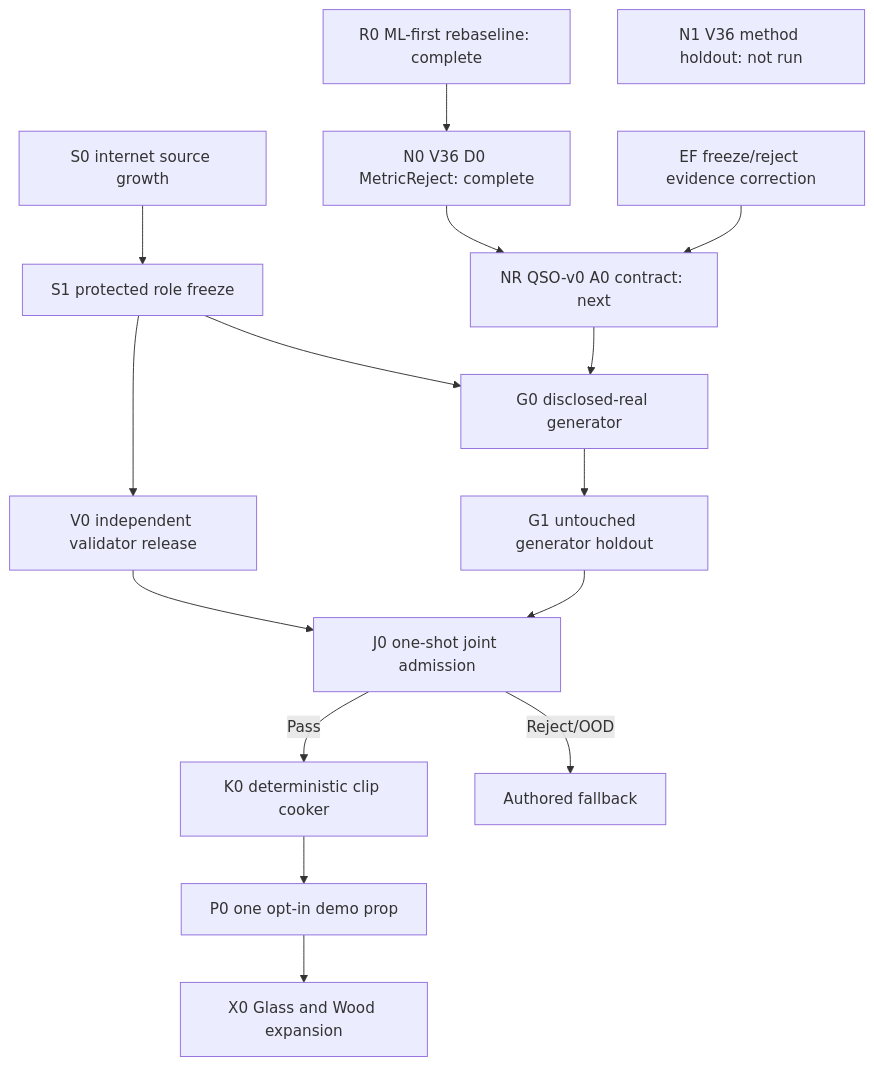
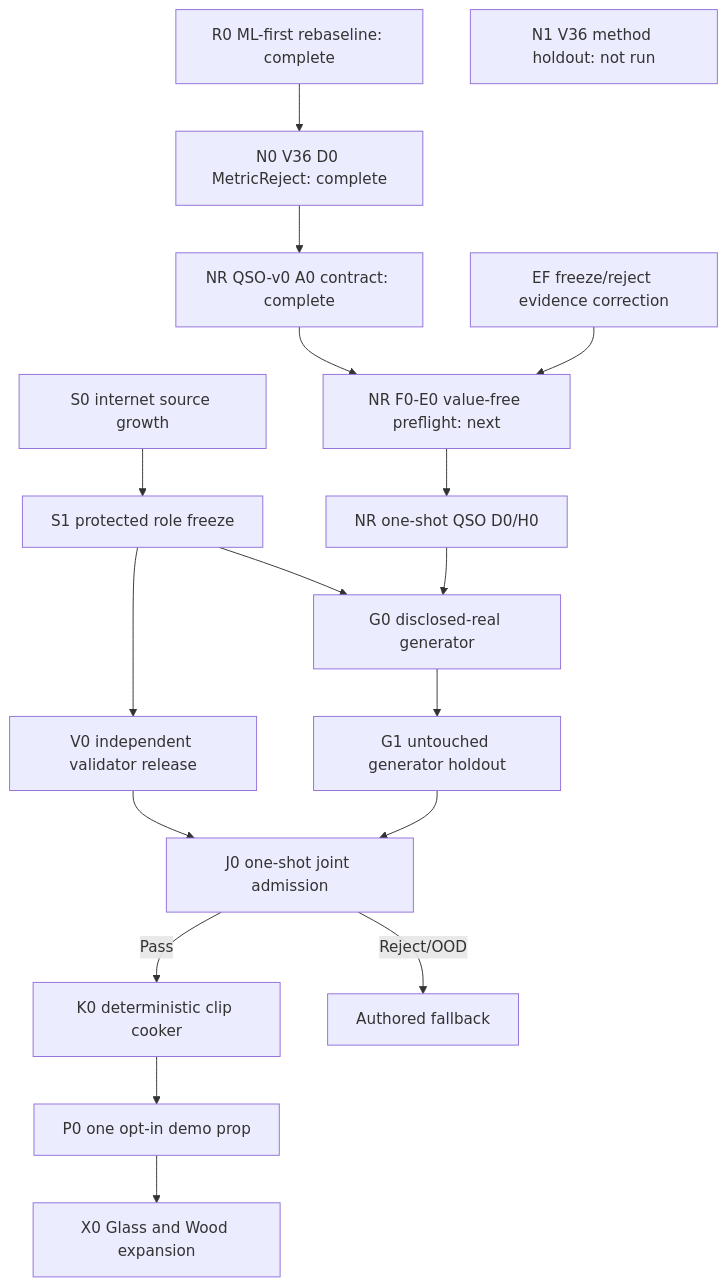
One commit to kaifaty/NextEngine changed the diagram in docs/plans/physical-sound-synthesis-roadmap-v37.md. Above: the diagram before and after it, drawn with Mermaid. The commit also changed other lines of this file and 4 other files, not shown here.

Commit message:
docs(sound): complete V37 A0 query surface contract

````diff
--- a/docs/plans/physical-sound-synthesis-roadmap-v37.md
+++ b/docs/plans/physical-sound-synthesis-roadmap-v37.md
@@ -99,19 +100,21 @@
 ```mermaid
 flowchart TD
     R0["R0 ML-first rebaseline: complete"] --> N0["N0 V36 D0 MetricReject: complete"]
-    N0 --> NR["NR QSO-v0 A0 contract: next"]
+    N0 --> NRA["NR QSO-v0 A0 contract: complete"]
+    NRA --> NRF["NR F0-E0 value-free preflight: next"]
+    NRF --> NRD["NR one-shot QSO D0/H0"]
     N1["N1 V36 method holdout: not run"]
-    EF["EF freeze/reject evidence correction"] --> NR
+    EF["EF freeze/reject evidence correction"] --> NRF
 
     S0["S0 internet source growth"] --> S1["S1 protected role freeze"]
     S1 --> V0["V0 independent validator release"]
     S1 --> G0
-    NR --> G0["G0 disclosed-real generator"]
+    NRD --> G0["G0 disclosed-real generator"]
     G0 --> G1["G1 untouched generator holdout"]
     V0 --> J0["J0 one-shot joint admission"]
     G1 --> J0
     J0 -->|"Pass"| K0["K0 deterministic clip cooker"]
     J0 -->|"Reject/OOD"| FB["Authored fallback"]
     K0 --> P0["P0 one opt-in demo prop"]
     P0 --> X0["X0 Glass and Wood expansion"]
 ```
````
